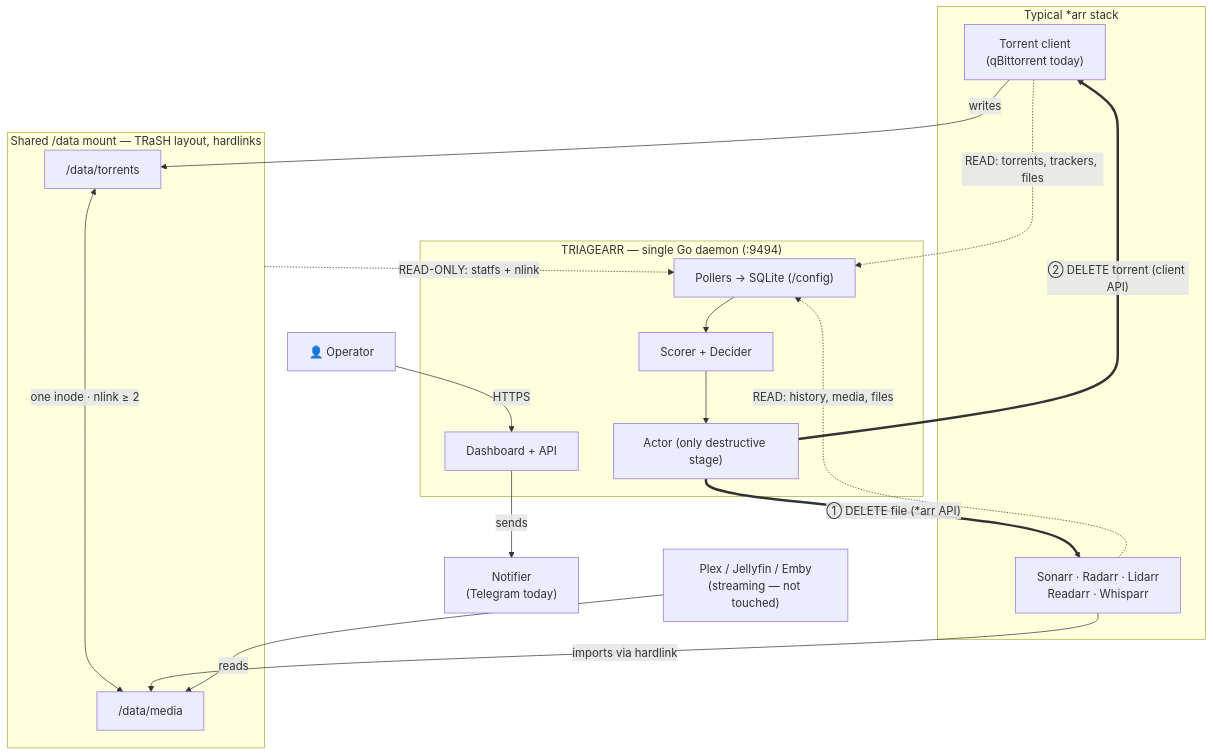
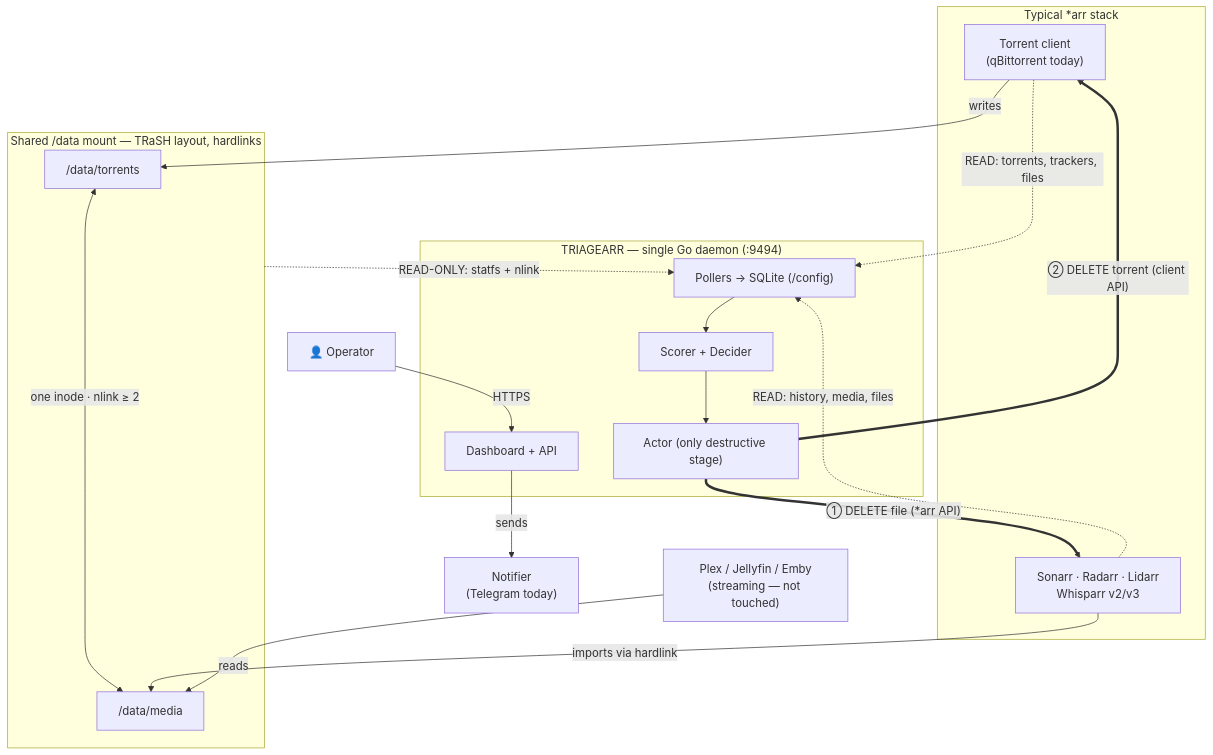
The first of 2 diagrams in docs/ARCHITECTURE.md (Triagearr/Triagearr), drawn with Mermaid before and after one commit. The commit also changed other lines of this file and 33 other files, not shown here.

First line of the commit message:
feat(arr): implement Whisparr v2/v3 clients, drop Readarr

````diff
--- a/docs/ARCHITECTURE.md
+++ b/docs/ARCHITECTURE.md
@@ -11,40 +11,40 @@
 ```mermaid
 flowchart TB
     user["👤 Operator"]
     plex["Plex / Jellyfin / Emby<br/>(streaming — not touched)"]
     notify["Notifier<br/>(Telegram today)"]
 
     subgraph stack["Typical *arr stack"]
         tc["Torrent client<br/>(qBittorrent today)"]
-        arrs["Sonarr · Radarr · Lidarr<br/>Readarr · Whisparr"]
+        arrs["Sonarr · Radarr · Lidarr<br/>Whisparr v2/v3"]
     end
 
     subgraph mount["Shared /data mount — TRaSH layout, hardlinks"]
         tor["/data/torrents"]
         med["/data/media"]
         tor <-->|"one inode · nlink ≥ 2"| med
     end
 
     subgraph tri["TRIAGEARR — single Go daemon (:9494)"]
         store["Pollers → SQLite (/config)"]
         brain["Scorer + Decider"]
         actor["Actor (only destructive stage)"]
         ui["Dashboard + API"]
     end
 
     tc -->|writes| tor
     arrs -->|imports via hardlink| med
     plex -->|reads| med
 
     tc -.->|"READ: torrents, trackers, files"| store
     arrs -.->|"READ: history, media, files"| store
     mount -.->|"READ-ONLY: statfs + nlink"| store
 
     store --> brain --> actor
 
     actor ==>|"① DELETE file (*arr API)"| arrs
     actor ==>|"② DELETE torrent (client API)"| tc
 
     ui -->|sends| notify
     user -->|HTTPS| ui
 ```
````
